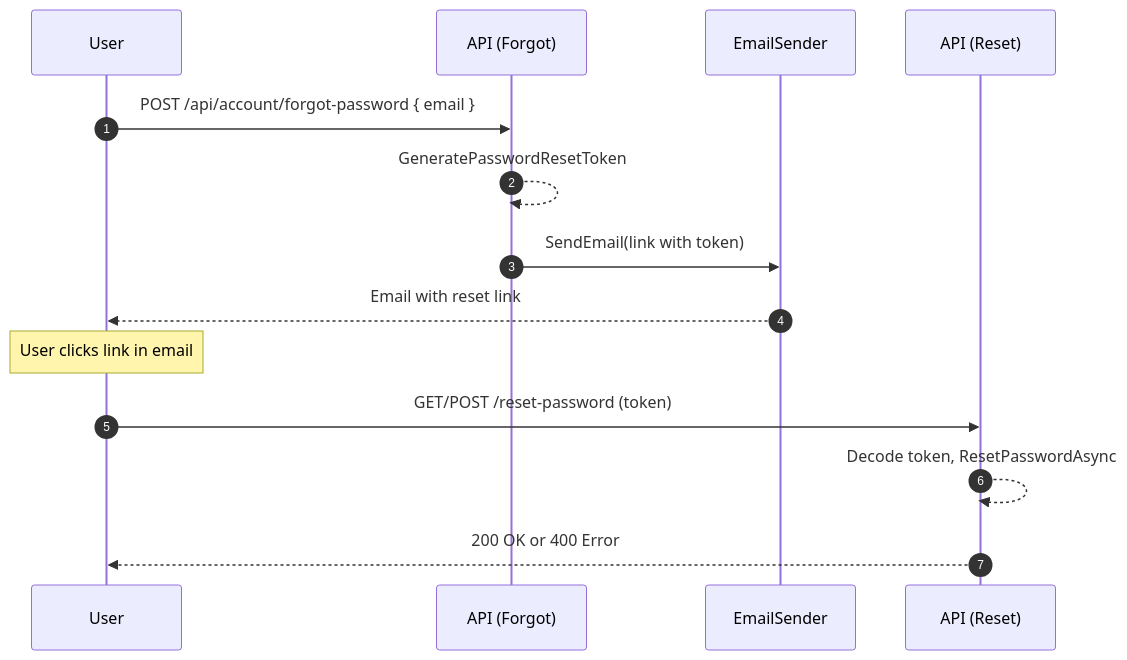
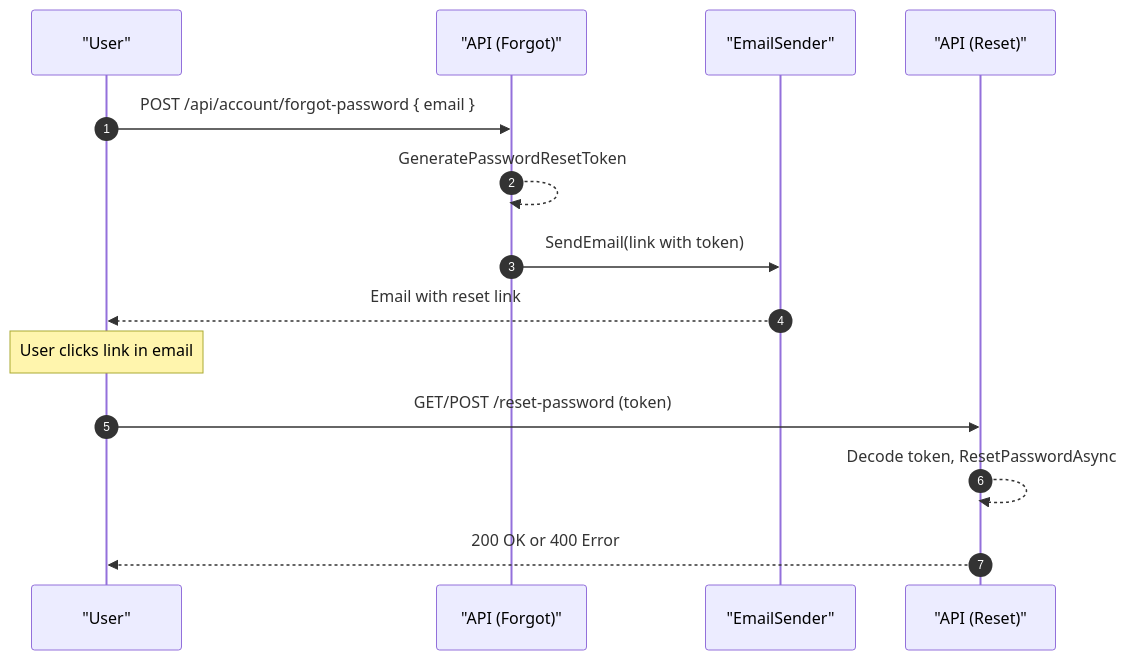
The second of 6 diagrams in LmsMini.Resources/File Học Bài/lessons/identity/AccountController_CompleteImplementation.md (SokKimThanh/LmsMini), drawn with Mermaid before and after one commit. The commit also changed other lines of this file, not shown here.

Commit message:
sửa lỗi hiện thị sơ đồ mermaid trong markdown tài liệu

````diff
--- a/LmsMini.Resources/File Học Bài/lessons/identity/AccountController_CompleteImplementation.md
+++ b/LmsMini.Resources/File Học Bài/lessons/identity/AccountController_CompleteImplementation.md
@@ -371,17 +372,17 @@
 ```mermaid
 sequenceDiagram
   autonumber
-  participant U as User
-  participant API as API (Forgot)
-  participant Email as EmailSender
-  participant API2 as API (Reset)
+  participant U as "User"
+  participant API_Forgot as "API (Forgot)"
+  participant Email as "EmailSender"
+  participant API_Reset as "API (Reset)"
 
-  U->>API: POST /api/account/forgot-password { email }
-  API-->>API: GeneratePasswordResetToken
-  API->>Email: SendEmail(link with token)
+  U->>API_Forgot: POST /api/account/forgot-password { email }
+  API_Forgot-->>API_Forgot: GeneratePasswordResetToken
+  API_Forgot->>Email: SendEmail(link with token)
   Email-->>U: Email with reset link
   Note over U: User clicks link in email
-  U->>API2: GET/POST /reset-password (token)
-  API2-->>API2: Decode token, ResetPasswordAsync
-  API2-->>U: 200 OK or 400 Error
+  U->>API_Reset: GET/POST /reset-password (token)
+  API_Reset-->>API_Reset: Decode token, ResetPasswordAsync
+  API_Reset-->>U: 200 OK or 400 Error
 ```
````
